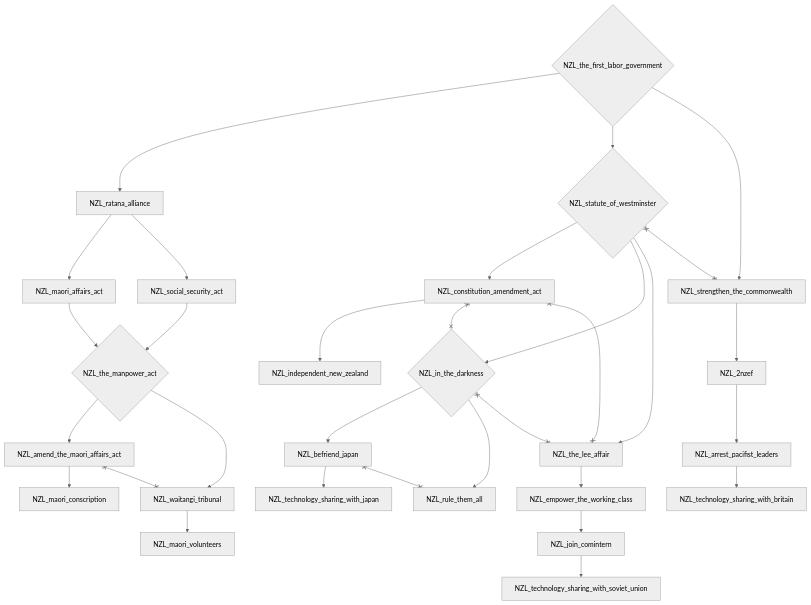
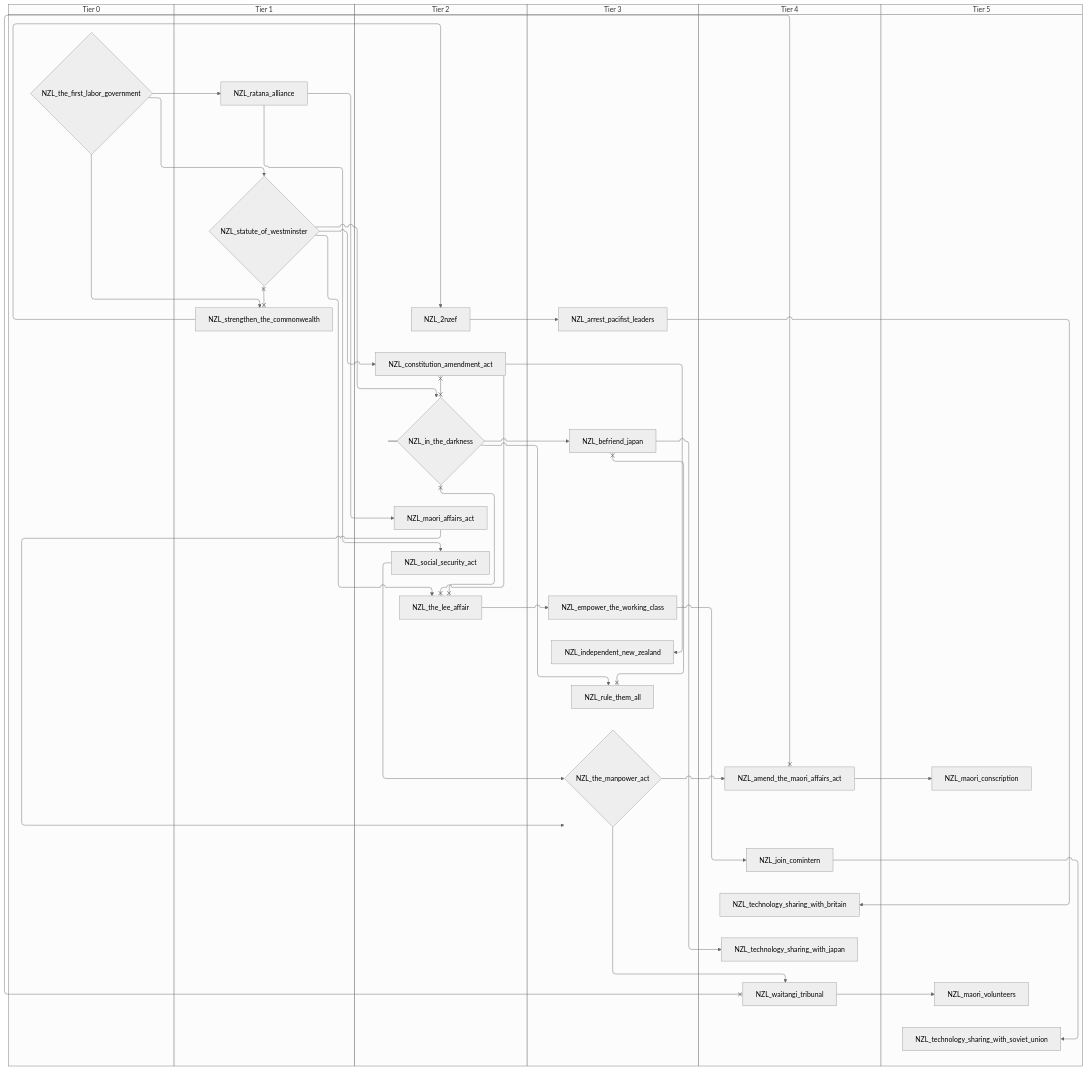
The fifth of 6 diagrams in docs/gdd/National Focuses/new_zealand.md (evgeny-sobol/hoi4-sandbox-mode), drawn with Mermaid (neutral theme) before and after one commit. The commit also changed other lines of this file and 80 other files, not shown here.

First line of the commit message:
Add swimlane mode to focus graph exporter

````diff
--- a/docs/gdd/National Focuses/new_zealand.md
+++ b/docs/gdd/National Focuses/new_zealand.md
@@ -176,57 +224,69 @@
 ```mermaid
-flowchart TD
-    n42["NZL_2nzef"]
-    n43["NZL_amend_the_maori_affairs_act"]
-    n44["NZL_arrest_pacifist_leaders"]
-    n45["NZL_befriend_japan"]
-    n46["NZL_constitution_amendment_act"]
-    n47["NZL_empower_the_working_class"]
-    n48{"NZL_in_the_darkness"}
-    n49["NZL_independent_new_zealand"]
-    n50["NZL_join_comintern"]
-    n51["NZL_maori_affairs_act"]
-    n52["NZL_maori_conscription"]
-    n53["NZL_maori_volunteers"]
-    n54["NZL_ratana_alliance"]
-    n55["NZL_rule_them_all"]
-    n56["NZL_social_security_act"]
-    n57{"NZL_statute_of_westminster"}
-    n58["NZL_strengthen_the_commonwealth"]
-    n59["NZL_technology_sharing_with_britain"]
-    n60["NZL_technology_sharing_with_japan"]
-    n61["NZL_technology_sharing_with_soviet_union"]
-    n62{"NZL_the_first_labor_government"}
-    n63["NZL_the_lee_affair"]
-    n64{"NZL_the_manpower_act"}
-    n65["NZL_waitangi_tribunal"]
-    n58 --> n42
-    n64 --> n43
+swimlane-beta TD
+    subgraph tier_0["Tier 0"]
+        n42{"NZL_the_first_labor_government"}
+    end
+    subgraph tier_1["Tier 1"]
+        n43["NZL_ratana_alliance"]
+        n44{"NZL_statute_of_westminster"}
+        n45["NZL_strengthen_the_commonwealth"]
+    end
+    subgraph tier_2["Tier 2"]
+        n46["NZL_2nzef"]
+        n47["NZL_constitution_amendment_act"]
+        n48{"NZL_in_the_darkness"}
+        n49["NZL_maori_affairs_act"]
+        n50["NZL_social_security_act"]
+        n51["NZL_the_lee_affair"]
+    end
+    subgraph tier_3["Tier 3"]
+        n52["NZL_arrest_pacifist_leaders"]
+        n53["NZL_befriend_japan"]
+        n54["NZL_empower_the_working_class"]
+        n55["NZL_independent_new_zealand"]
+        n56["NZL_rule_them_all"]
+        n57{"NZL_the_manpower_act"}
+    end
+    subgraph tier_4["Tier 4"]
+        n58["NZL_amend_the_maori_affairs_act"]
+        n59["NZL_join_comintern"]
+        n60["NZL_technology_sharing_with_britain"]
+        n61["NZL_technology_sharing_with_japan"]
+        n62["NZL_waitangi_tribunal"]
+    end
+    subgraph tier_5["Tier 5"]
+        n63["NZL_maori_conscription"]
+        n64["NZL_maori_volunteers"]
+        n65["NZL_technology_sharing_with_soviet_union"]
+    end
+    n45 --> n46
+    n57 --> n58
+    n46 --> n52
+    n48 --> n53
+    n44 --> n47
+    n51 --> n54
+    n44 --> n48
+    n47 --> n55
+    n54 --> n59
+    n43 --> n49
+    n58 --> n63
+    n62 --> n64
+    n42 --> n43
+    n48 --> n56
+    n43 --> n50
     n42 --> n44
-    n48 --> n45
-    n57 --> n46
-    n63 --> n47
-    n57 --> n48
-    n46 --> n49
-    n47 --> n50
-    n54 --> n51
-    n43 --> n52
-    n65 --> n53
-    n62 --> n54
-    n48 --> n55
-    n54 --> n56
-    n62 --> n57
-    n62 --> n58
-    n44 --> n59
-    n45 --> n60
-    n50 --> n61
-    n57 --> n63
-    n56 --> n64
-    n51 --> n64
-    n64 --> n65
-    n43 x--x n65
-    n45 x--x n55
-    n46 x--x n48
-    n46 x--x n63
-    n48 x--x n63
-    n57 x--x n58
+    n42 --> n45
+    n52 --> n60
+    n53 --> n61
+    n59 --> n65
+    n44 --> n51
+    n50 --> n57
+    n49 --> n57
+    n57 --> n62
+    n58 x--x n62
+    n53 x--x n56
+    n47 x--x n48
+    n47 x--x n51
+    n48 x--x n51
+    n44 x--x n45
 ```
````
